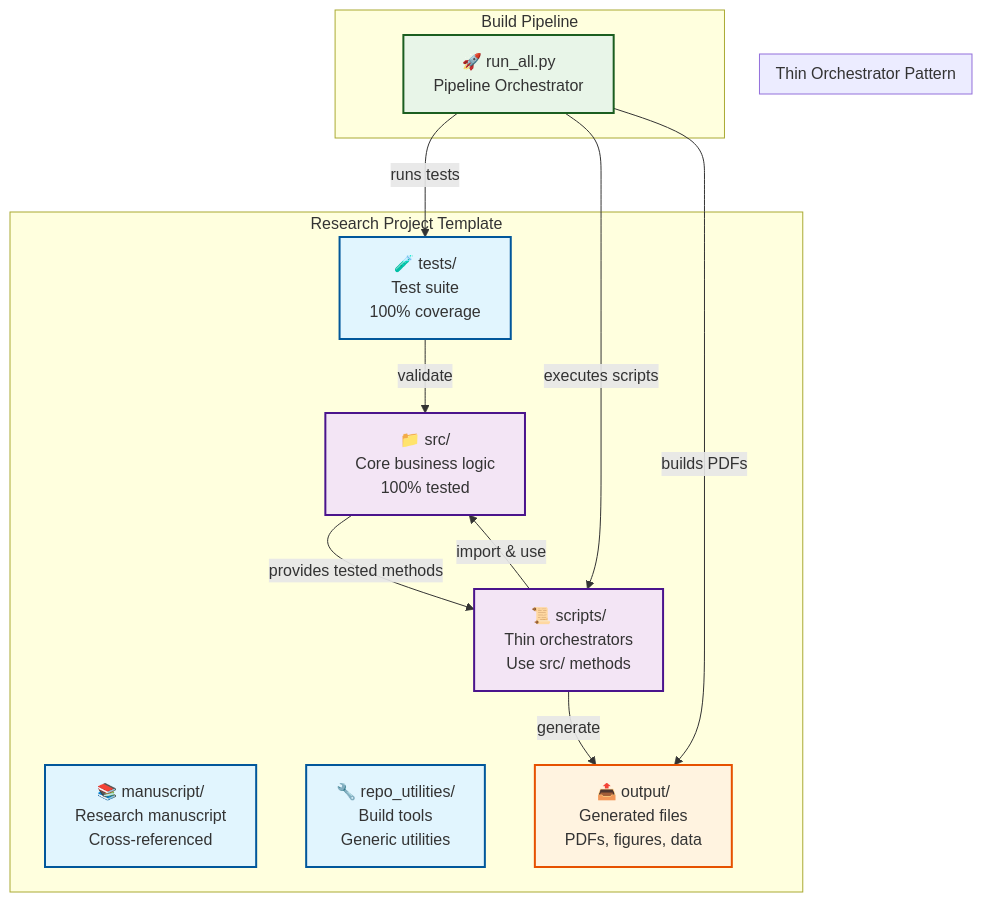
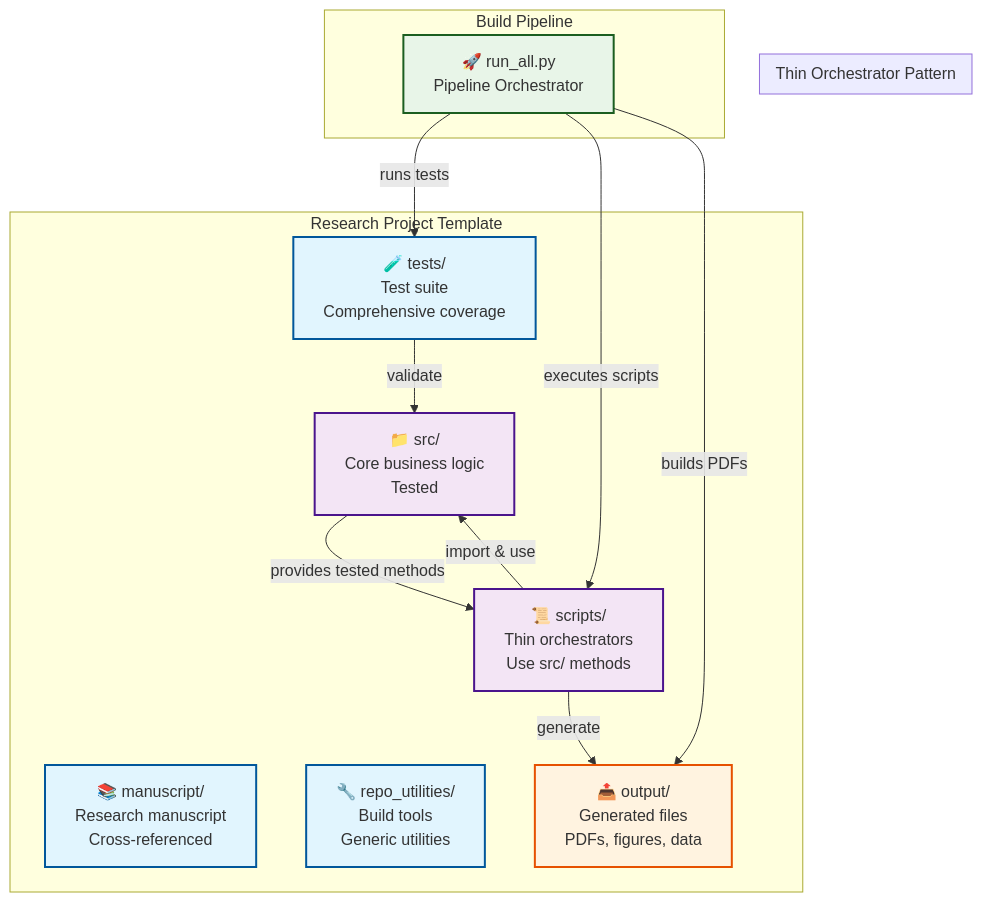
One commit to docxology/template changed the first of 3 diagrams in docs/COPYPASTA.md. Above: the diagram before and after it, drawn with Mermaid. The commit also changed other lines of this file and 132 other files, not shown here.

````diff
--- a/docs/COPYPASTA.md
+++ b/docs/COPYPASTA.md
@@ -244,35 +244,35 @@
 ```mermaid
 graph TB
     subgraph "Research Project Template"
-        SRC[📁 src/<br/>Core business logic<br/>100% tested]
-        TESTS[🧪 tests/<br/>Test suite<br/>100% coverage]
+        SRC[📁 src/<br/>Core business logic<br/>Tested]
+        TESTS[🧪 tests/<br/>Test suite<br/>Comprehensive coverage]
         SCRIPTS[📜 scripts/<br/>Thin orchestrators<br/>Use src/ methods]
         MANUSCRIPT[📚 manuscript/<br/>Research manuscript<br/>Cross-referenced]
         REPO_UTILS[🔧 repo_utilities/<br/>Build tools<br/>Generic utilities]
         OUTPUT[📤 output/<br/>Generated files<br/>PDFs, figures, data]
     end
     
     subgraph "Thin Orchestrator Pattern"
         SRC -->|"provides tested methods"| SCRIPTS
         SCRIPTS -->|"import & use"| SRC
         SCRIPTS -->|"generate"| OUTPUT
         TESTS -->|"validate"| SRC
     end
     
     subgraph "Build Pipeline"
         RENDER[🚀 run_all.py<br/>Pipeline Orchestrator]
         RENDER -->|"runs tests"| TESTS
         RENDER -->|"executes scripts"| SCRIPTS
         RENDER -->|"builds PDFs"| OUTPUT
     end
     
     classDef core fill:#e1f5fe,stroke:#01579b,stroke-width:2px
     classDef pattern fill:#f3e5f5,stroke:#4a148c,stroke-width:2px
     classDef pipeline fill:#e8f5e8,stroke:#1b5e20,stroke-width:2px
     classDef output fill:#fff3e0,stroke:#e65100,stroke-width:2px
     
     class SRC,TESTS,SCRIPTS,MANUSCRIPT,REPO_UTILS core
     class SRC,SCRIPTS pattern
     class RENDER pipeline
     class OUTPUT output
 ```
````
